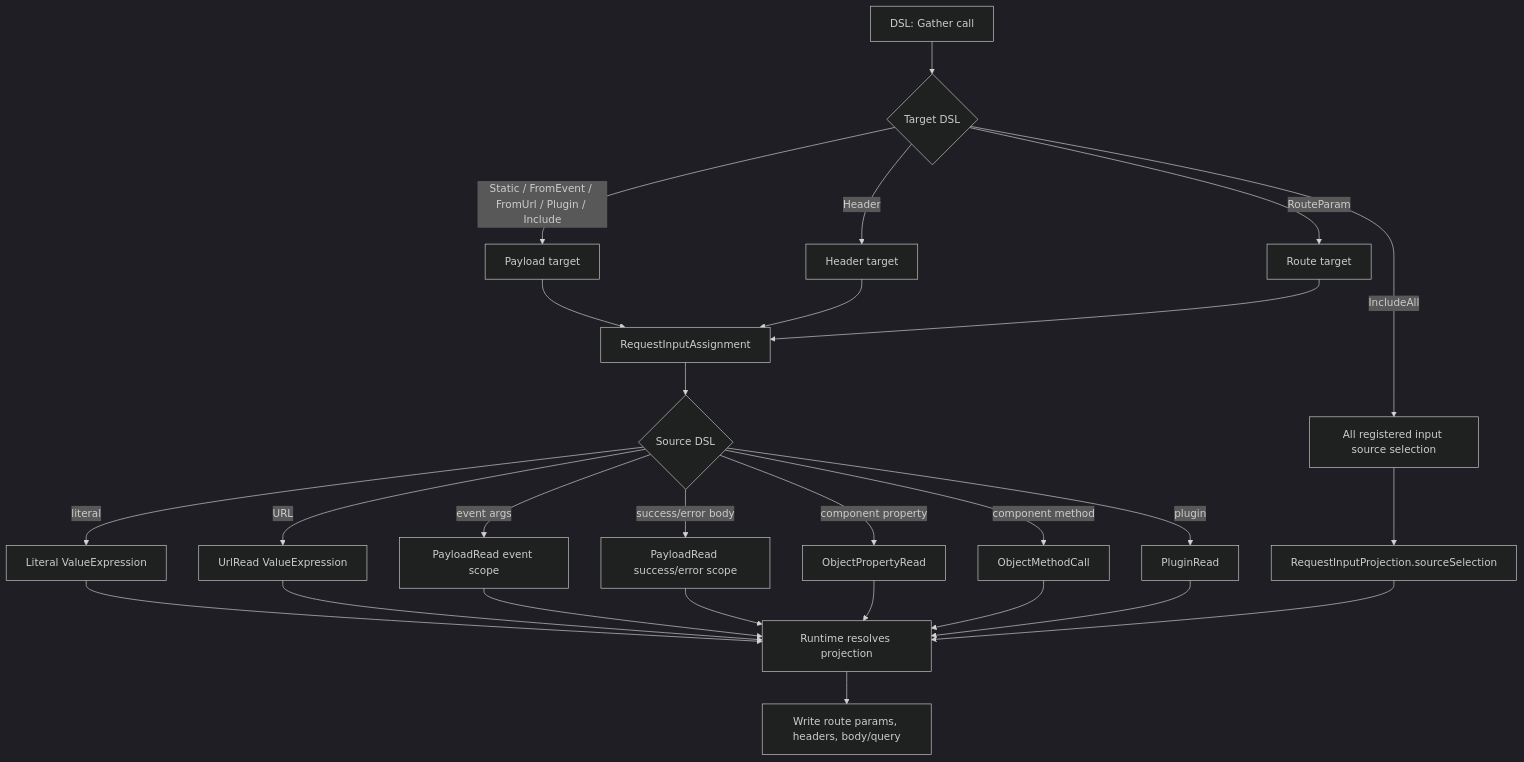
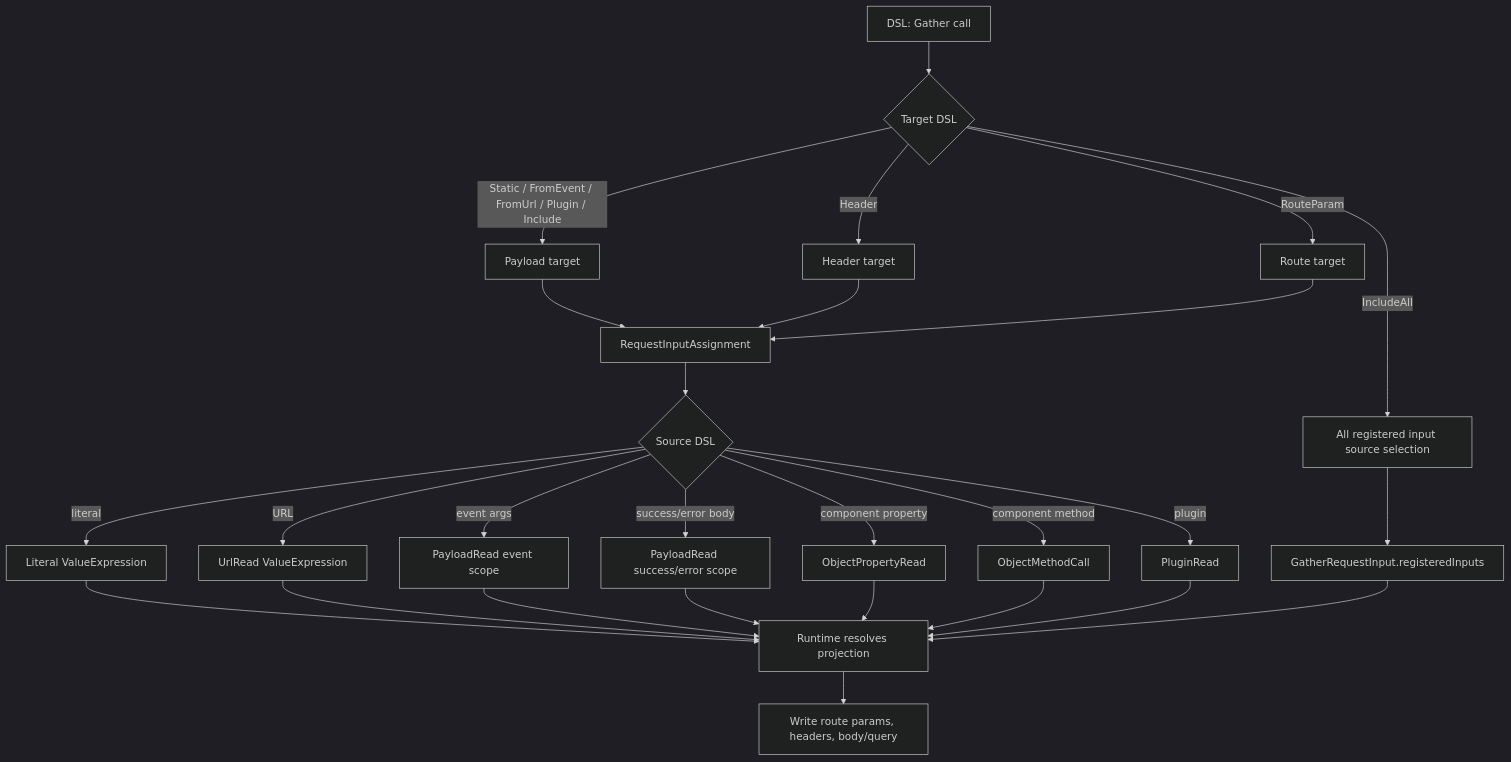
The ninth of 10 diagrams in docs/reactive-plan-source-blueprint.md (marafiq/alis-reactive), drawn with Mermaid (dark theme) before and after one commit. The commit also changed other lines of this file and 2 other files, not shown here.

Commit message:
Remove stale projection vocabulary

````diff
--- a/docs/reactive-plan-source-blueprint.md
+++ b/docs/reactive-plan-source-blueprint.md
@@ -515,32 +513,32 @@
 ```mermaid
 flowchart TD
     A[DSL: Gather call] --> B{Target DSL}
     B -->|Static / FromEvent / FromUrl / Plugin / Include| C[Payload target]
     B -->|Header| D[Header target]
     B -->|RouteParam| E[Route target]
     B -->|IncludeAll| F[All registered input source selection]
 
     C --> G[RequestInputAssignment]
     D --> G
     E --> G
-    F --> H[RequestInputProjection.sourceSelection]
+    F --> H[GatherRequestInput.registeredInputs]
 
     G --> I{Source DSL}
     I -->|literal| J[Literal ValueExpression]
     I -->|URL| K[UrlRead ValueExpression]
     I -->|event args| L[PayloadRead event scope]
     I -->|success/error body| M[PayloadRead success/error scope]
     I -->|component property| N[ObjectPropertyRead]
     I -->|component method| O[ObjectMethodCall]
     I -->|plugin| P[PluginRead]
 
     J --> Q[Runtime resolves projection]
     K --> Q
     L --> Q
     M --> Q
     N --> Q
     O --> Q
     P --> Q
     H --> Q
     Q --> R[Write route params, headers, body/query]
 ```
````
